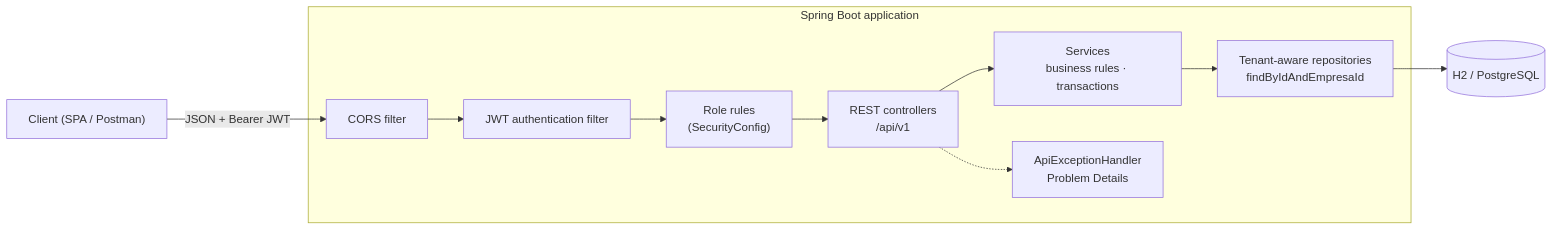
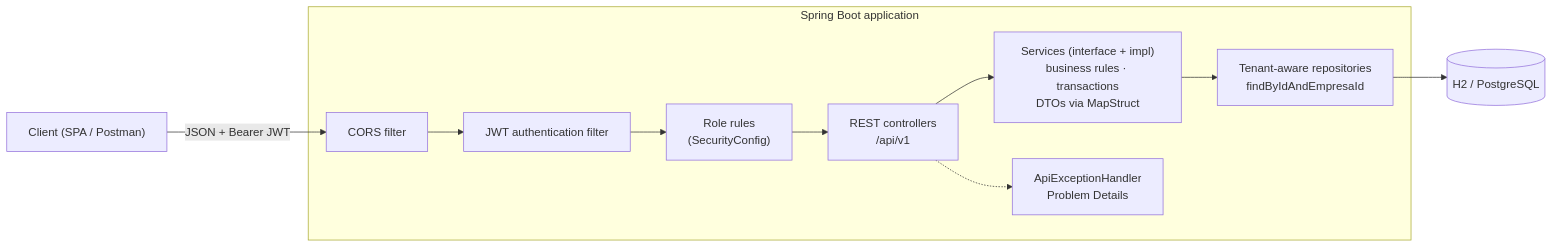
One commit to AndresContreras1/bpmn-process-manager-api changed the second of 3 diagrams in README.md. Above: the diagram before and after it, drawn with Mermaid. The commit also changed other lines of this file, not shown here.

Commit message:
docs: describe the layered modules and the new architecture rules in the README

````diff
--- a/README.md
+++ b/README.md
@@ -109,13 +113,13 @@
 ```mermaid
 flowchart LR
     client["Client (SPA / Postman)"] -->|"JSON + Bearer JWT"| cors
     subgraph app["Spring Boot application"]
         cors["CORS filter"] --> jwt["JWT authentication filter"]
         jwt --> rules["Role rules<br/>(SecurityConfig)"]
         rules --> ctrl["REST controllers<br/>/api/v1"]
-        ctrl --> svc["Services<br/>business rules · transactions"]
+        ctrl --> svc["Services (interface + impl)<br/>business rules · transactions<br/>DTOs via MapStruct"]
         svc --> repo["Tenant-aware repositories<br/>findByIdAndEmpresaId"]
         ctrl -.-> errors["ApiExceptionHandler<br/>Problem Details"]
     end
     repo --> db[("H2 / PostgreSQL")]
 ```
````
